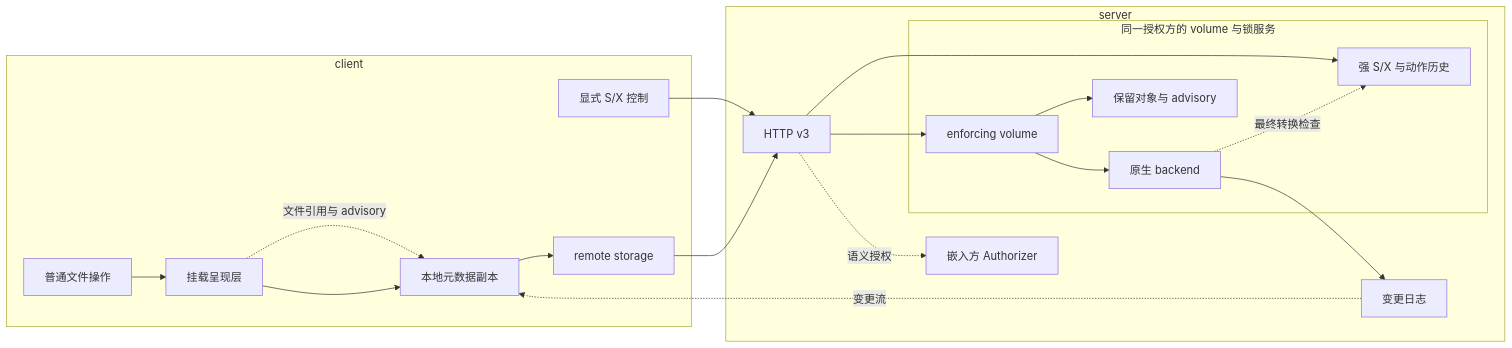
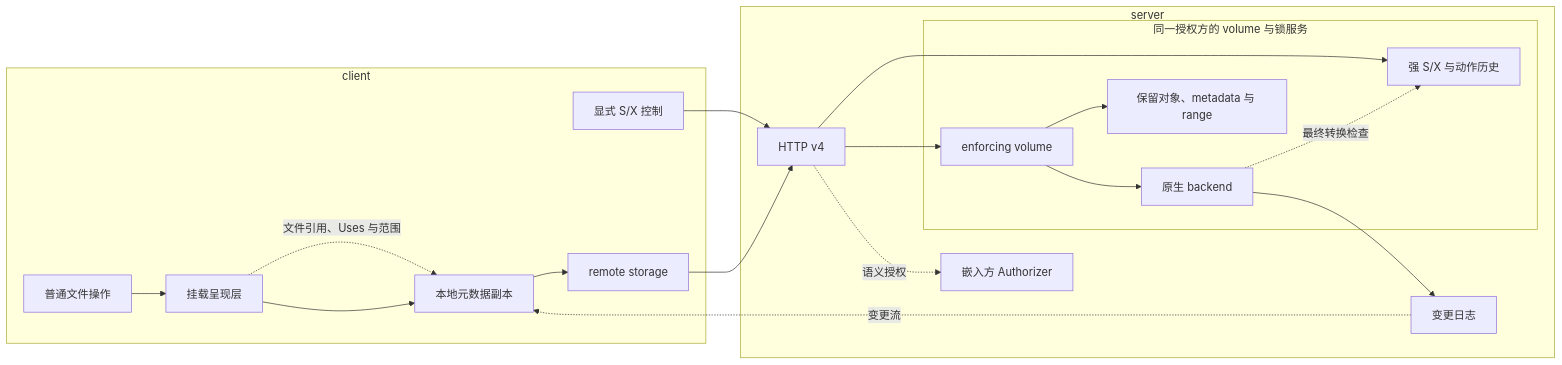
Before and after one commit to codetreker/remote-fs: the diagram in docs/design/architecture.md, drawn with Mermaid. The commit also changed other lines of this file and 238 other files, not shown here.

````diff
--- a/docs/design/architecture.md
+++ b/docs/design/architecture.md
@@ -17,27 +17,27 @@
 ```mermaid
 flowchart LR
     subgraph client[client]
         App[普通文件操作] --> Fuse[挂载呈现层]
         Fuse --> Replica[本地元数据副本]
         Replica --> Remote[remote storage]
         SDK[显式 S/X 控制]
-        Fuse -. 文件引用与 advisory .-> Replica
+        Fuse -. 文件引用、Uses 与范围 .-> Replica
     end
     subgraph server[server]
-        HTTP[HTTP v3]
+        HTTP[HTTP v4]
         subgraph Pair[同一授权方的 volume 与锁服务]
             volume[enforcing volume] --> Backend[原生 backend]
             Authority[强 S/X 与动作历史]
-            Files[保留对象与 advisory]
+            Files[保留对象、metadata 与 range]
             volume --> Files
             Backend -. 最终转换检查 .-> Authority
         end
         HTTP -. 语义授权 .-> Policy[嵌入方 Authorizer]
         HTTP --> volume
         HTTP --> Authority
         Backend --> Log[变更日志]
     end
     Remote --> HTTP
     SDK --> HTTP
     Log -. 变更流 .-> Replica
 ```
````
